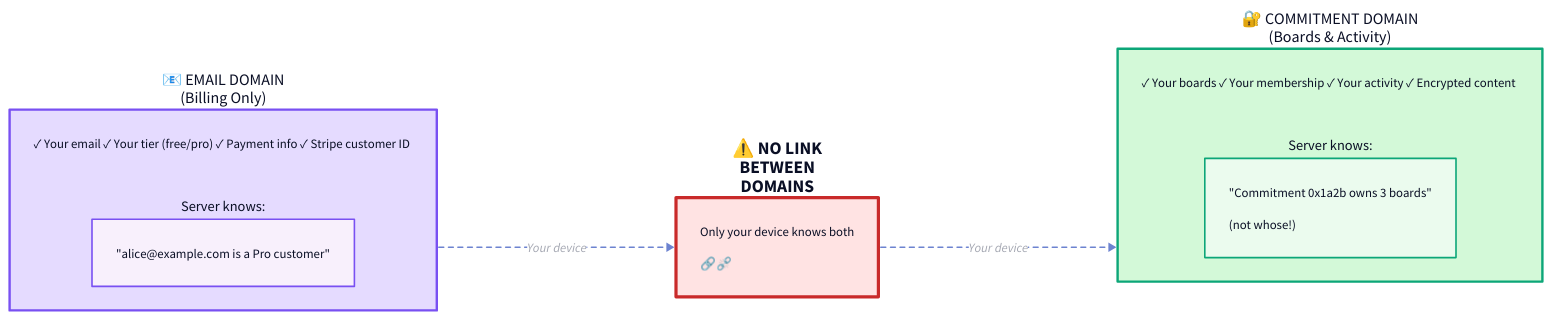
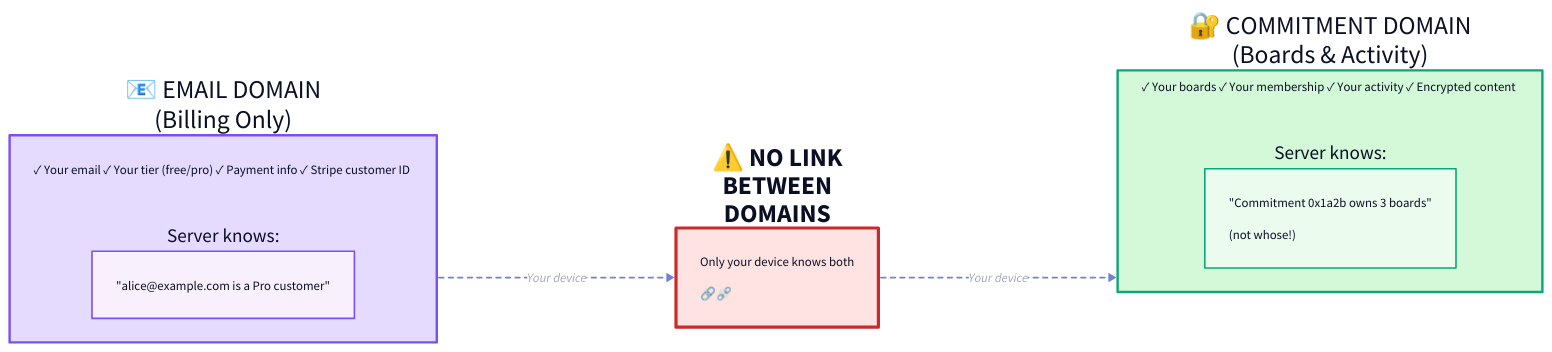
Before and after one commit to h4x0r/chatham: the diagram in docs/images/chatham-house-model.d2, drawn with D2. The commit also changed 3 other files, not shown here.

First line of the commit message:
fix: increase D2 diagram font sizes for better readability

```diff
--- a/docs/images/chatham-house-model.d2
+++ b/docs/images/chatham-house-model.d2
@@ -1,81 +1,81 @@
 direction: right
 
 email: "📧 EMAIL DOMAIN\n(Billing Only)" {
   style.fill: "#e5dbff"
   style.stroke: "#7950f2"
   style.stroke-width: 3
-  style.font-size: 20
+  style.font-size: 32
 
   items: |md
     ✓ Your email
     ✓ Your tier (free/pro)
     ✓ Payment info
     ✓ Stripe customer ID
   |
 
   server: "Server knows:" {
     shape: rectangle
     style.fill: "#f8f0fc"
     style.stroke: "#7950f2"
-    style.font-size: 18
+    style.font-size: 24
 
     info: |md
       "alice@example.com
       is a Pro customer"
     |
   }
 }
 
 barrier: "⚠️ NO LINK\nBETWEEN\nDOMAINS" {
   style.fill: "#ffe3e3"
   style.stroke: "#c92a2a"
   style.stroke-width: 4
-  style.font-size: 22
+  style.font-size: 32
   style.bold: true
 
   device: |md
     Only your
     device
     knows both
 
     🔗⛓️‍💥
   |
 }
 
 commitment: "🔐 COMMITMENT DOMAIN\n(Boards & Activity)" {
   style.fill: "#d3f9d8"
   style.stroke: "#0ca678"
   style.stroke-width: 3
-  style.font-size: 20
+  style.font-size: 32
 
   items: |md
     ✓ Your boards
     ✓ Your membership
     ✓ Your activity
     ✓ Encrypted content
   |
 
   server: "Server knows:" {
     shape: rectangle
     style.fill: "#ebfbee"
     style.stroke: "#0ca678"
-    style.font-size: 18
+    style.font-size: 24
 
     info: |md
       "Commitment 0x1a2b
       owns 3 boards"
 
       (not whose!)
     |
   }
 }
 
 email -> barrier: "Your device" {
   style.stroke-dash: 3
   style.opacity: 0.6
 }
 
 barrier -> commitment: "Your device" {
   style.stroke-dash: 3
   style.opacity: 0.6
 }
```
